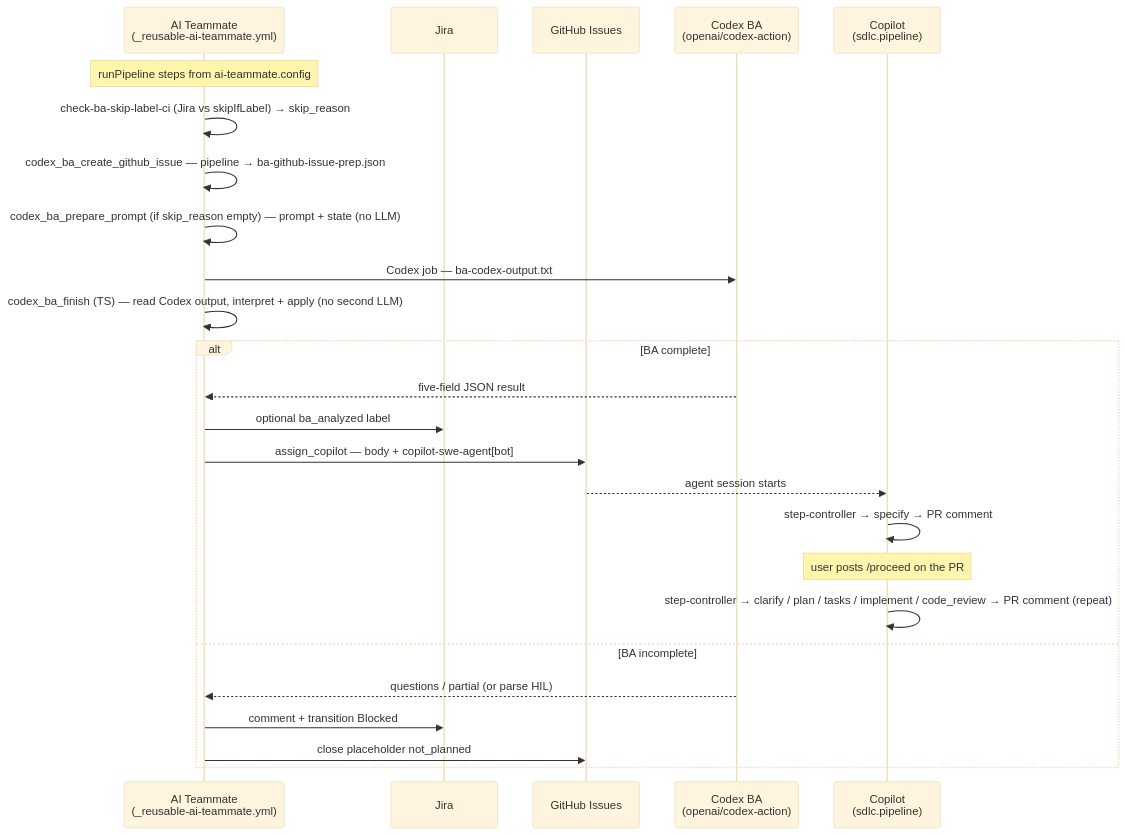
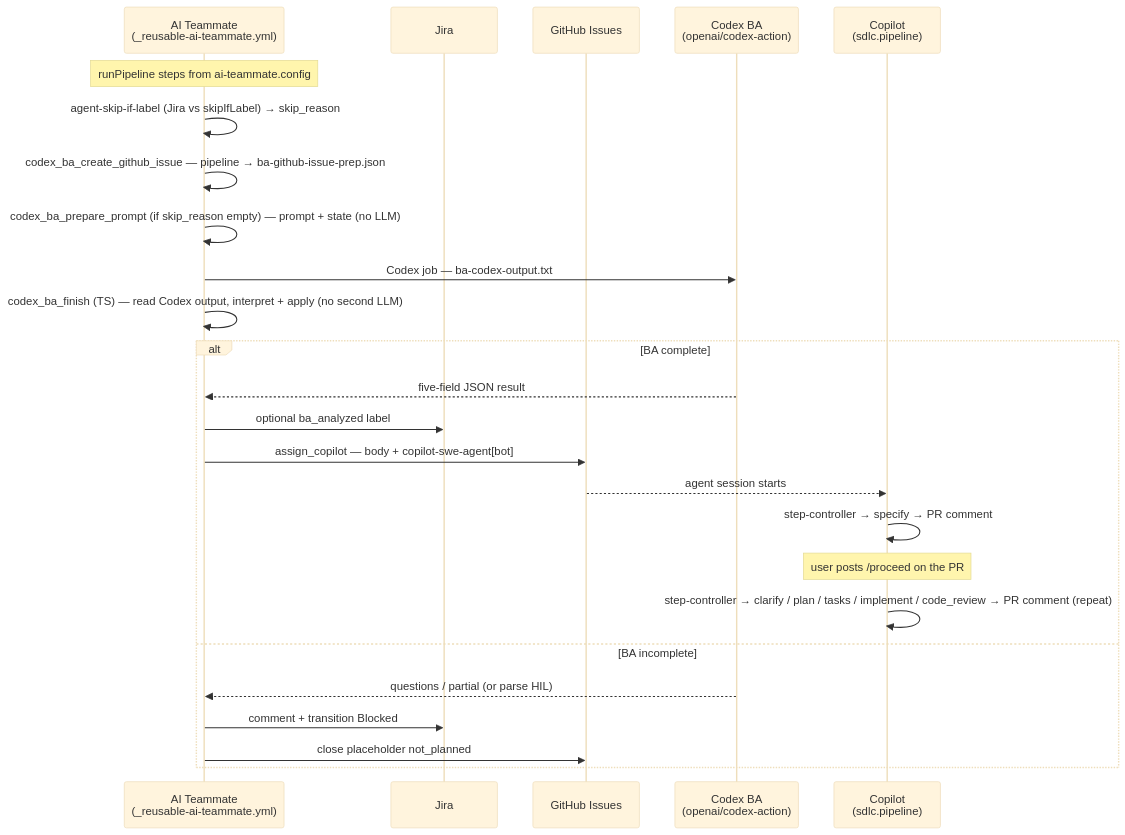
One commit to DmitryLukyanov/SDLCAgents changed the first of 3 diagrams in README.md. Above: the diagram before and after it, drawn with Mermaid (base theme). The commit also changed other lines of this file and 38 other files, not shown here.

````diff
--- a/README.md
+++ b/README.md
@@ -118,29 +118,29 @@
 ```mermaid
 sequenceDiagram
     participant AT as AI Teammate<br/>(_reusable-ai-teammate.yml)
     participant J as Jira
     participant GH as GitHub Issues
     participant CX as Codex BA<br/>(openai/codex-action)
     participant COP as Copilot<br/>(sdlc.pipeline)
 
     Note over AT: runPipeline steps from ai-teammate.config
 
-    AT->>AT: check-ba-skip-label-ci (Jira vs skipIfLabel) → skip_reason
+    AT->>AT: agent-skip-if-label (Jira vs skipIfLabel) → skip_reason
     AT->>AT: codex_ba_create_github_issue — pipeline → ba-github-issue-prep.json
     AT->>AT: codex_ba_prepare_prompt (if skip_reason empty) — prompt + state (no LLM)
     AT->>CX: Codex job — ba-codex-output.txt
     AT->>AT: codex_ba_finish (TS) — read Codex output, interpret + apply (no second LLM)
     alt BA complete
         CX-->>AT: five-field JSON result
         AT->>J: optional ba_analyzed label
         AT->>GH: assign_copilot — body + copilot-swe-agent[bot]
         GH-->>COP: agent session starts
         COP->>COP: step-controller → specify → PR comment
         Note over COP: user posts /proceed on the PR
         COP->>COP: step-controller → clarify / plan / tasks / implement / code_review → PR comment (repeat)
     else BA incomplete
         CX-->>AT: questions / partial (or parse HIL)
         AT->>J: comment + transition Blocked
         AT->>GH: close placeholder not_planned
     end
 ```
````
